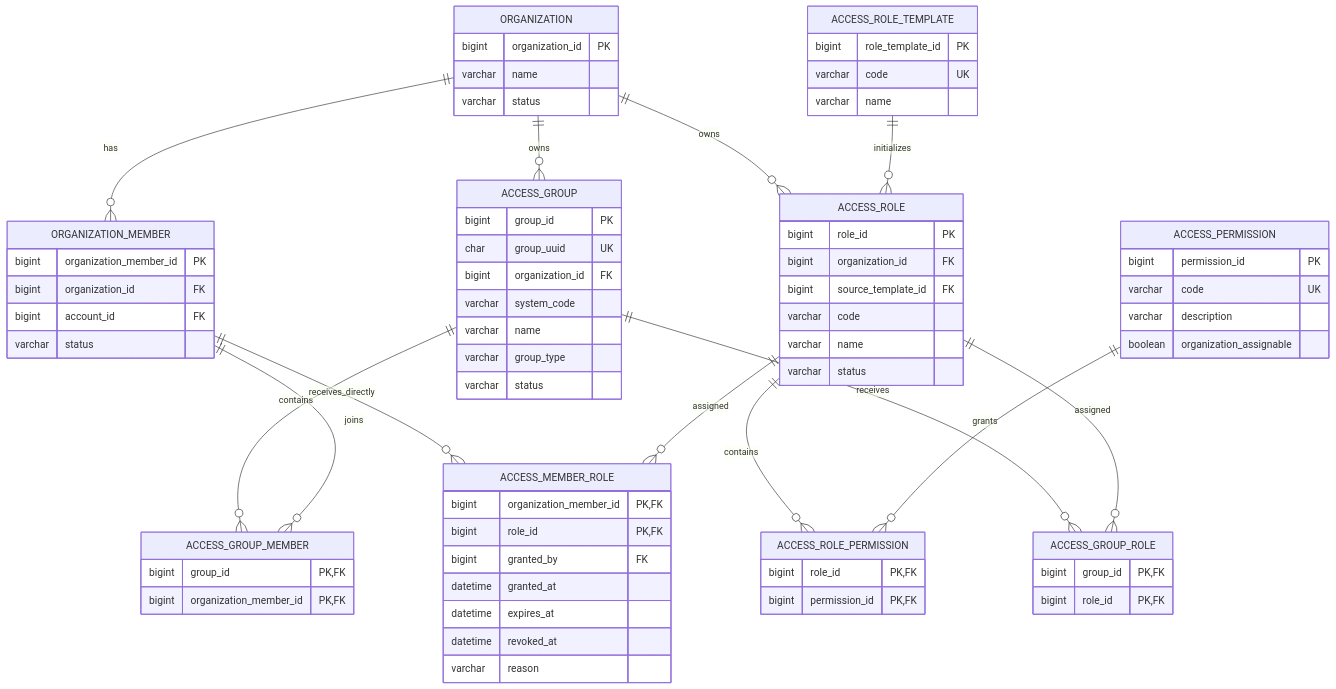
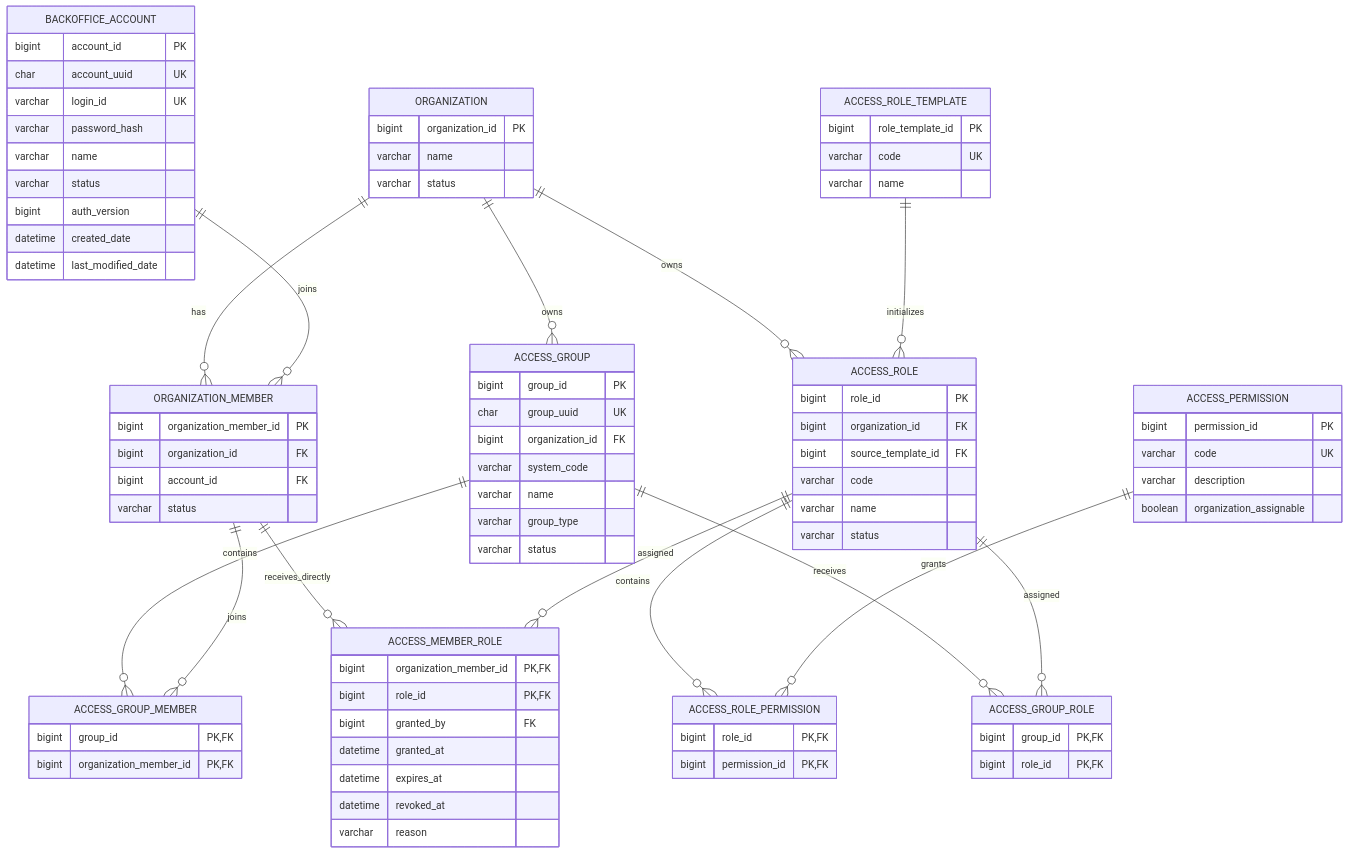
The first of 2 diagrams in docs/AUTHORIZATION-ERD-COMPARISON.md (safori-team/SAFORI-Server), drawn with Mermaid before and after one commit. The commit also changed other lines of this file and 1 other file, not shown here.

Commit message:
docs: separate backoffice accounts from app users (#135)

````diff
--- a/docs/AUTHORIZATION-ERD-COMPARISON.md
+++ b/docs/AUTHORIZATION-ERD-COMPARISON.md
@@ -11,6 +11,7 @@
 ```mermaid
 erDiagram
     ORGANIZATION ||--o{ ORGANIZATION_MEMBER : has
+    BACKOFFICE_ACCOUNT ||--o{ ORGANIZATION_MEMBER : joins
     ORGANIZATION ||--o{ ACCESS_ROLE : owns
     ORGANIZATION ||--o{ ACCESS_GROUP : owns
 
@@ -32,6 +33,18 @@
         bigint organization_id PK
         varchar name
         varchar status
+    }
+
+    BACKOFFICE_ACCOUNT {
+        bigint account_id PK
+        char account_uuid UK
+        varchar login_id UK
+        varchar password_hash
+        varchar name
+        varchar status
+        bigint auth_version
+        datetime created_date
+        datetime last_modified_date
     }
 
     ORGANIZATION_MEMBER {
````
